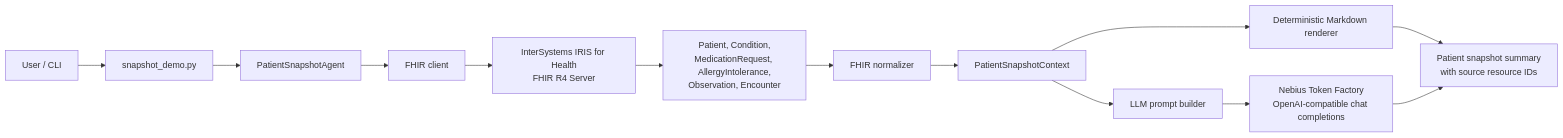
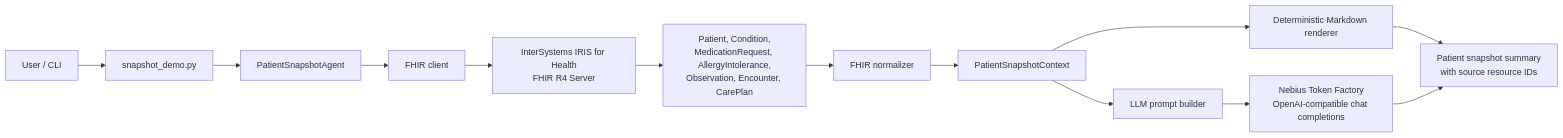
One commit to vinogrannia/fhir-patient-snapshot-agent changed the diagram in README.md. Above: the diagram before and after it, drawn with Mermaid. The commit also changed other lines of this file and 6 other files, not shown here.

````diff
--- a/README.md
+++ b/README.md
@@ -33,15 +33,15 @@
 ```mermaid
 flowchart LR
     user["User / CLI"] --> cli["snapshot_demo.py"]
     cli --> agent["PatientSnapshotAgent"]
     agent --> client["FHIR client"]
     client --> iris["InterSystems IRIS for Health\nFHIR R4 Server"]
-    iris --> resources["Patient, Condition,\nMedicationRequest, AllergyIntolerance,\nObservation, Encounter"]
+    iris --> resources["Patient, Condition,\nMedicationRequest, AllergyIntolerance,\nObservation, Encounter, CarePlan"]
     resources --> normalizer["FHIR normalizer"]
     normalizer --> context["PatientSnapshotContext"]
     context --> deterministic["Deterministic Markdown renderer"]
     context --> prompt["LLM prompt builder"]
     prompt --> llm["Nebius Token Factory\nOpenAI-compatible chat completions"]
     deterministic --> output["Patient snapshot summary\nwith source resource IDs"]
     llm --> output
 ```
````
